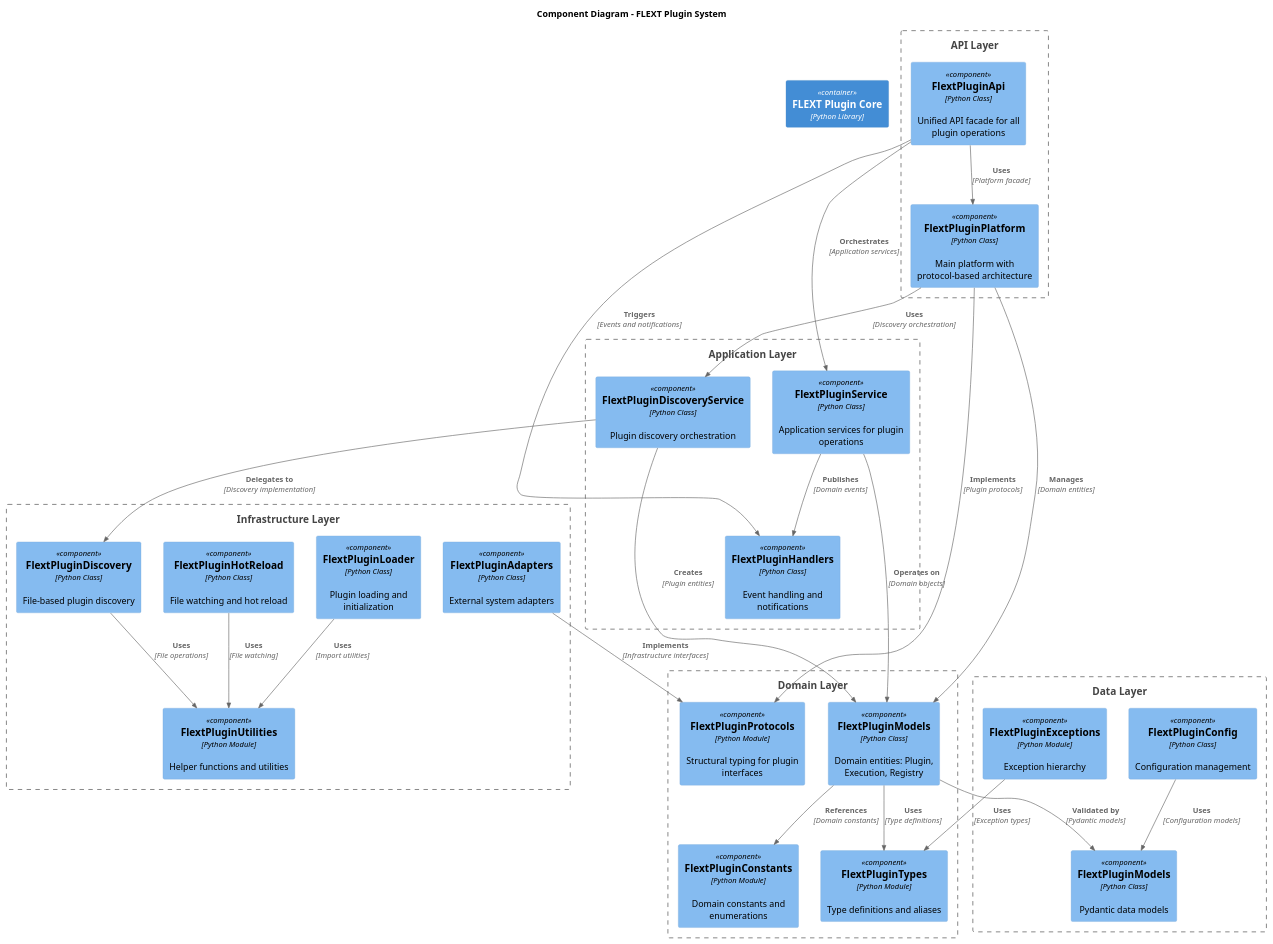
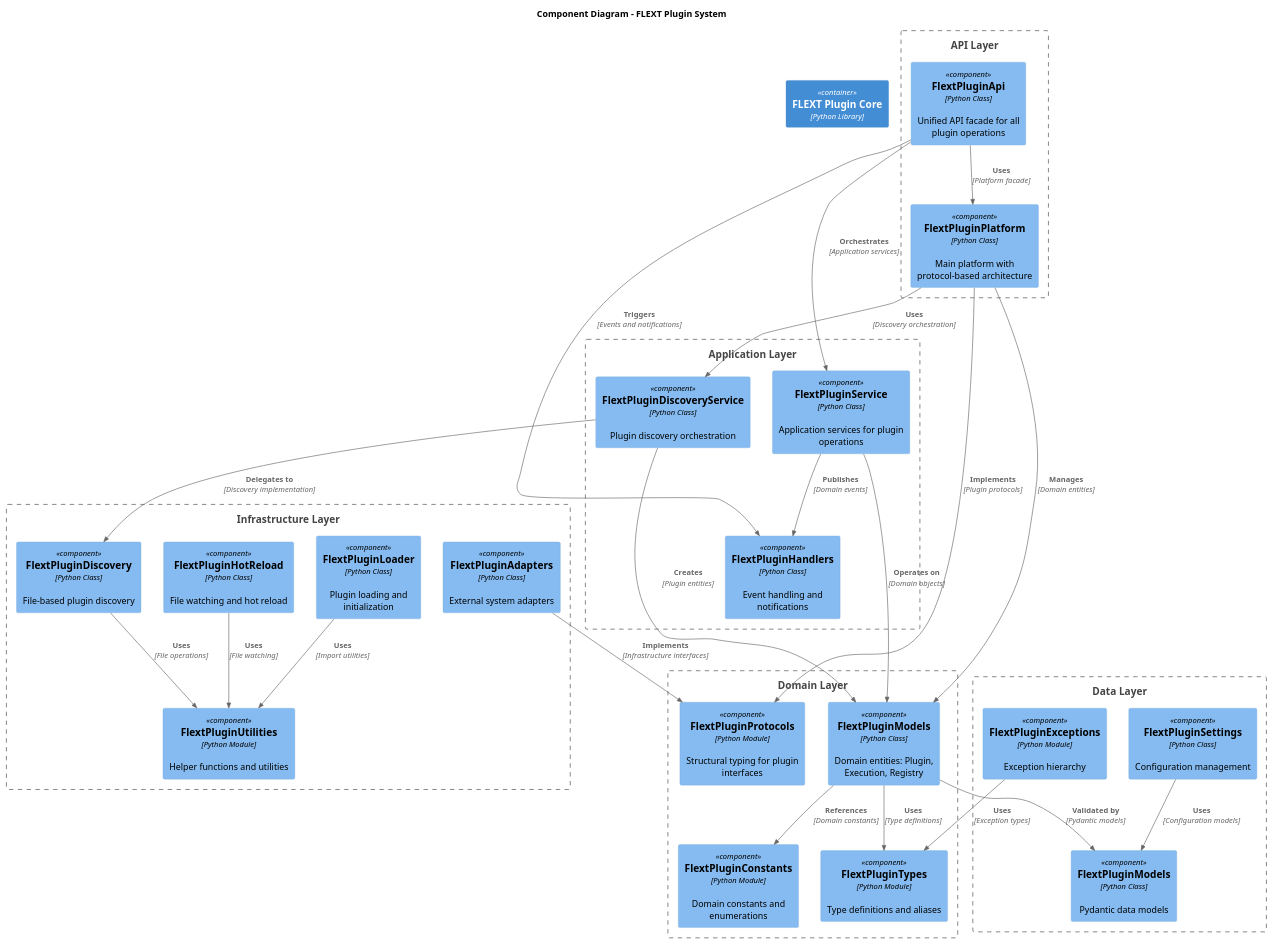
One commit to flext-sh/flext-plugin changed the diagram in docs/architecture/diagrams/component-diagram.puml. Above: the diagram before and after it, drawn with PlantUML. The commit also changed 17 other files, not shown here.

```diff
--- a/docs/architecture/diagrams/component-diagram.puml
+++ b/docs/architecture/diagrams/component-diagram.puml
@@ -1,67 +1,67 @@
 @startuml Component Diagram
 !include https://raw.githubusercontent.com/plantuml-stdlib/C4-PlantUML/master/C4_Component.puml
 
 title Component Diagram - FLEXT Plugin System
 
 Container(flext_plugin_core, "FLEXT Plugin Core", "Python Library")
 
 Boundary(api_boundary, "API Layer") {
     Component(api, "FlextPluginApi", "Python Class", "Unified API facade for all plugin operations")
     Component(platform, "FlextPluginPlatform", "Python Class", "Main platform with protocol-based architecture")
 }
 
 Boundary(application_boundary, "Application Layer") {
     Component(services, "FlextPluginService", "Python Class", "Application services for plugin operations")
     Component(handlers, "FlextPluginHandlers", "Python Class", "Event handling and notifications")
     Component(discovery_svc, "FlextPluginDiscoveryService", "Python Class", "Plugin discovery orchestration")
 }
 
 Boundary(domain_boundary, "Domain Layer") {
     Component(entities, "FlextPluginModels", "Python Class", "Domain entities: Plugin, Execution, Registry")
     Component(protocols, "FlextPluginProtocols", "Python Module", "Structural typing for plugin interfaces")
     Component(types, "FlextPluginTypes", "Python Module", "Type definitions and aliases")
     Component(constants, "FlextPluginConstants", "Python Module", "Domain constants and enumerations")
 }
 
 Boundary(infrastructure_boundary, "Infrastructure Layer") {
     Component(discovery, "FlextPluginDiscovery", "Python Class", "File-based plugin discovery")
     Component(loader, "FlextPluginLoader", "Python Class", "Plugin loading and initialization")
     Component(hot_reload, "FlextPluginHotReload", "Python Class", "File watching and hot reload")
     Component(adapters, "FlextPluginAdapters", "Python Class", "External system adapters")
     Component(utilities, "FlextPluginUtilities", "Python Module", "Helper functions and utilities")
 }
 
 Boundary(data_boundary, "Data Layer") {
-    Component(config, "FlextPluginConfig", "Python Class", "Configuration management")
+    Component(config, "FlextPluginSettings", "Python Class", "Configuration management")
     Component(models, "FlextPluginModels", "Python Class", "Pydantic data models")
     Component(exceptions, "FlextPluginExceptions", "Python Module", "Exception hierarchy")
 }
 
 Rel(api, platform, "Uses", "Platform facade")
 Rel(api, services, "Orchestrates", "Application services")
 Rel(api, handlers, "Triggers", "Events and notifications")
 
 Rel(platform, discovery_svc, "Uses", "Discovery orchestration")
 Rel(platform, entities, "Manages", "Domain entities")
 Rel(platform, protocols, "Implements", "Plugin protocols")
 
 Rel(services, entities, "Operates on", "Domain objects")
 Rel(services, handlers, "Publishes", "Domain events")
 
 Rel(discovery_svc, discovery, "Delegates to", "Discovery implementation")
 Rel(discovery_svc, entities, "Creates", "Plugin entities")
 
 Rel(entities, types, "Uses", "Type definitions")
 Rel(entities, constants, "References", "Domain constants")
 Rel(entities, models, "Validated by", "Pydantic models")
 
 Rel(discovery, utilities, "Uses", "File operations")
 Rel(loader, utilities, "Uses", "Import utilities")
 Rel(hot_reload, utilities, "Uses", "File watching")
 
 Rel(adapters, protocols, "Implements", "Infrastructure interfaces")
 
 Rel(config, models, "Uses", "Configuration models")
 Rel(exceptions, types, "Uses", "Exception types")
 
 @enduml
```
